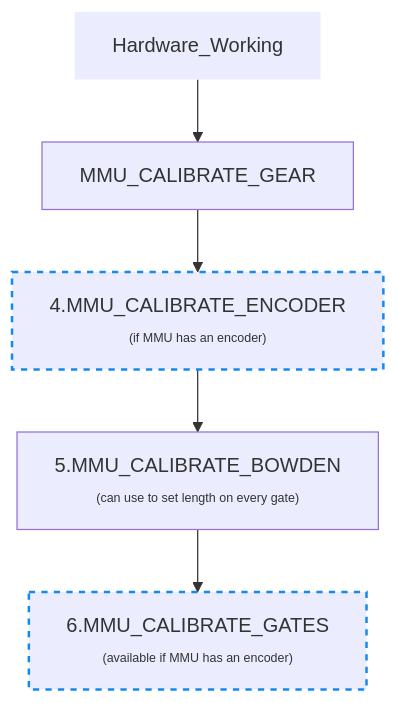
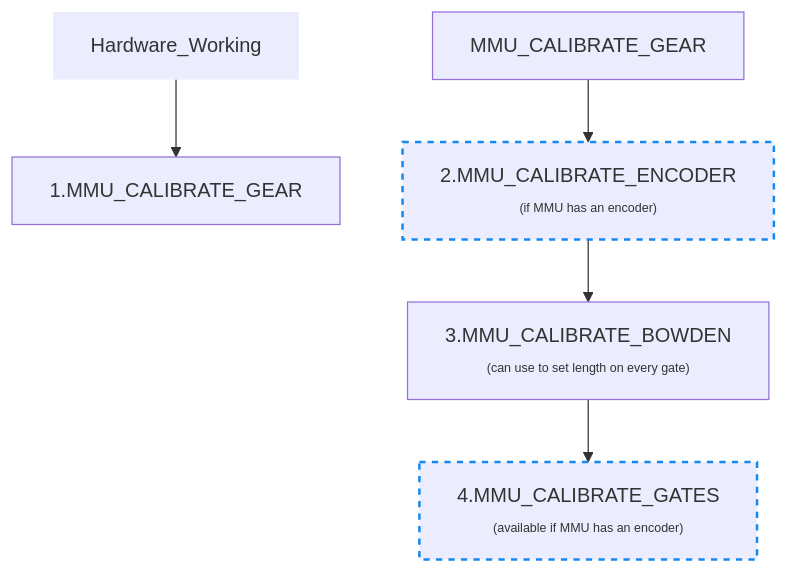
Before and after one commit to 3DCoded/Happy-Hare: the diagram in MMU-Calibration-TypeB.md, drawn with Mermaid. The commit also changed other lines of this file, not shown here.

````diff
--- a/MMU-Calibration-TypeB.md
+++ b/MMU-Calibration-TypeB.md
@@ -29,11 +29,11 @@
 ```mermaid
 graph TD;
-    Hardware_Working --> MMU_CALIBRATE_GEAR
-    MMU_CALIBRATE_GEAR --> MMU_CALIBRATE_ENCODER["4.MMU_CALIBRATE_ENCODER<br/><span style='font-size:10px'>(if MMU has an encoder)</span>"]
-    MMU_CALIBRATE_ENCODER --> MMU_CALIBRATE_BOWDEN["5.MMU_CALIBRATE_BOWDEN<br/><span style='font-size:10px'>(can use to set length on every gate)</span>"]
-    MMU_CALIBRATE_BOWDEN --> MMU_CALIBRATE_GATES["6.MMU_CALIBRATE_GATES<br/><span style='font-size:10px'>(available if MMU has an encoder)</span>"]
+    Hardware_Working --> 1.MMU_CALIBRATE_GEAR
+    MMU_CALIBRATE_GEAR --> MMU_CALIBRATE_ENCODER["2.MMU_CALIBRATE_ENCODER<br/><span style='font-size:10px'>(if MMU has an encoder)</span>"]
+    MMU_CALIBRATE_ENCODER --> MMU_CALIBRATE_BOWDEN["3.MMU_CALIBRATE_BOWDEN<br/><span style='font-size:10px'>(can use to set length on every gate)</span>"]
+    MMU_CALIBRATE_BOWDEN --> MMU_CALIBRATE_GATES["4.MMU_CALIBRATE_GATES<br/><span style='font-size:10px'>(available if MMU has an encoder)</span>"]
 
     style Hardware_Working stroke-width:0px
     style MMU_CALIBRATE_ENCODER stroke-dasharray: 5 5, stroke:#1589f0, stroke-width:2px
     style MMU_CALIBRATE_GATES stroke-dasharray: 5 5, stroke:#1589f0, stroke-width:2px
 ```
````
